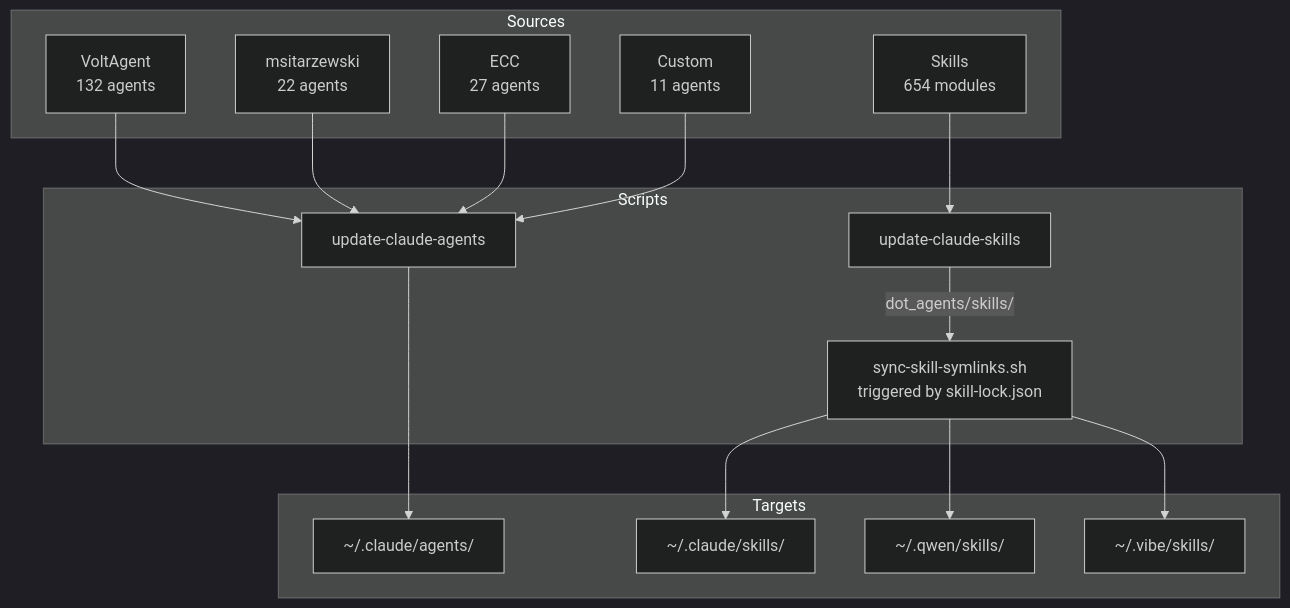
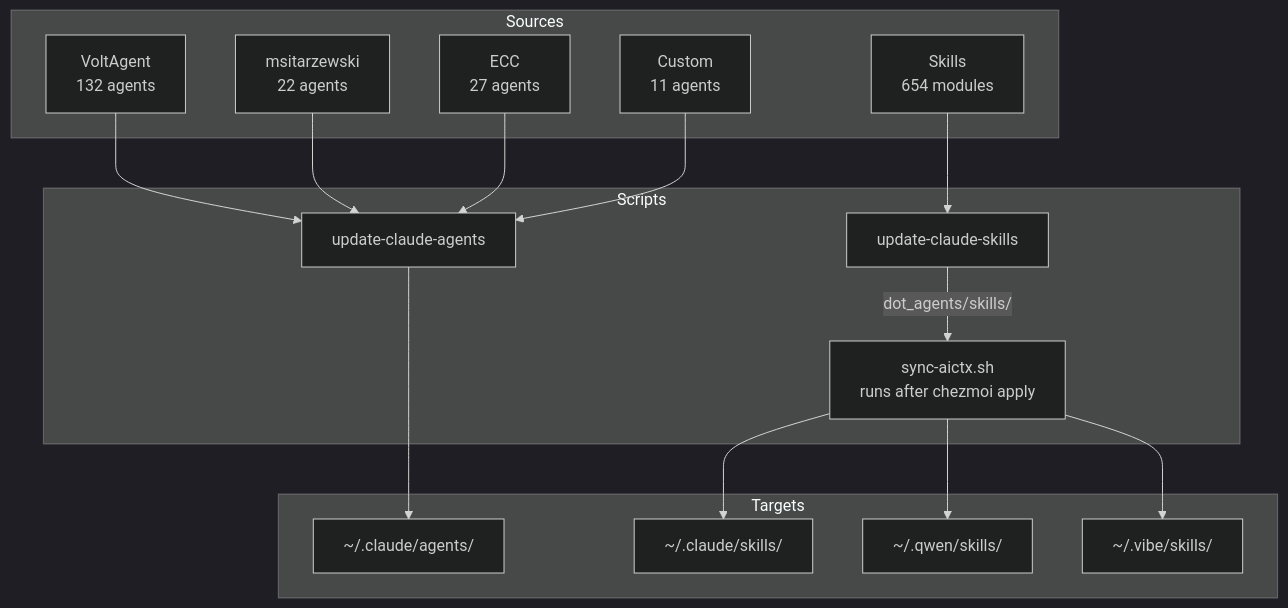
Before and after one commit to jsoyer/dotfiles: the fifth of 6 diagrams in docs/ARCHITECTURE.md, drawn with Mermaid (dark theme). The commit also changed other lines of this file and 12 other files, not shown here.

````diff
--- a/docs/ARCHITECTURE.md
+++ b/docs/ARCHITECTURE.md
@@ -140,35 +140,35 @@
 ```mermaid
 graph TD
     subgraph Sources
         VA[VoltAgent<br>132 agents]
         MS[msitarzewski<br>22 agents]
         ECC[ECC<br>27 agents]
         CU[Custom<br>11 agents]
         SK[Skills<br>654 modules]
     end
 
     subgraph Scripts
         UCA[update-claude-agents]
         UCS[update-claude-skills]
-        SYNC[sync-skill-symlinks.sh<br>triggered by skill-lock.json]
+        SYNC[sync-aictx.sh<br>runs after chezmoi apply]
     end
 
     subgraph Targets
         CA[~/.claude/agents/]
         CS[~/.claude/skills/]
         QS[~/.qwen/skills/]
         VS[~/.vibe/skills/]
     end
 
     VA --> UCA
     MS --> UCA
     ECC --> UCA
     CU --> UCA
     UCA --> CA
 
     SK --> UCS
     UCS --> |dot_agents/skills/| SYNC
     SYNC --> CS
     SYNC --> QS
     SYNC --> VS
 ```
````
